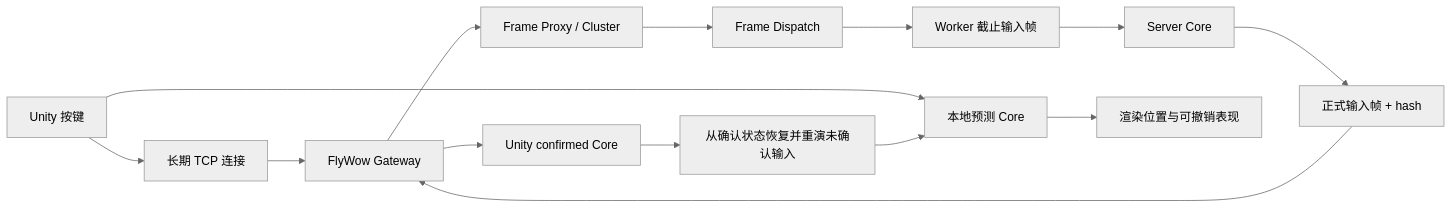
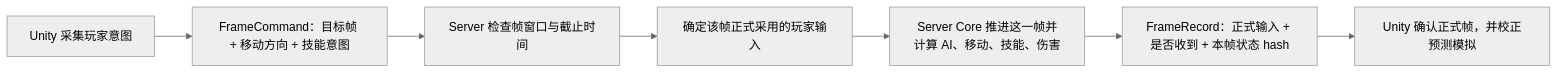
Before and after one commit to simbiwu/skynet-battle-navigation-commercial-learning: the diagram in docs/Skynet_BattleNavigation第三课_帧同步版_实操.md, drawn with Mermaid (neutral theme). The commit also changed other lines of this file, not shown here.

````diff
--- a/docs/Skynet_BattleNavigation第三课_帧同步版_实操.md
+++ b/docs/Skynet_BattleNavigation第三课_帧同步版_实操.md
@@ -63,16 +77,9 @@
-```mermaid
+~~~mermaid
 flowchart LR
-  P[Unity 按键] --> C[本地预测 Core]
-  P --> N[长期 TCP 连接]
-  N --> G[FlyWow Gateway]
-  G --> X[Frame Proxy / Cluster]
-  X --> D[Frame Dispatch]
-  D --> W[Worker 截止输入帧]
-  W --> S[Server Core]
-  S --> R[正式输入帧 + hash]
-  R --> G
-  G --> U[Unity confirmed Core]
-  U --> B[从确认状态恢复并重演未确认输入]
-  B --> C
-  C --> V[渲染位置与可撤销表现]
-```
+  A[Unity 采集玩家意图] --> B[FrameCommand：目标帧 + 移动方向 + 技能意图]
+  B --> C[Server 检查帧窗口与截止时间]
+  C --> D[确定该帧正式采用的玩家输入]
+  D --> E[Server Core 推进这一帧并计算 AI、移动、技能、伤害]
+  E --> F[FrameRecord：正式输入 + 是否收到 + 本帧状态 hash]
+  F --> G[Unity 确认正式帧，并校正预测模拟]
+~~~
````
